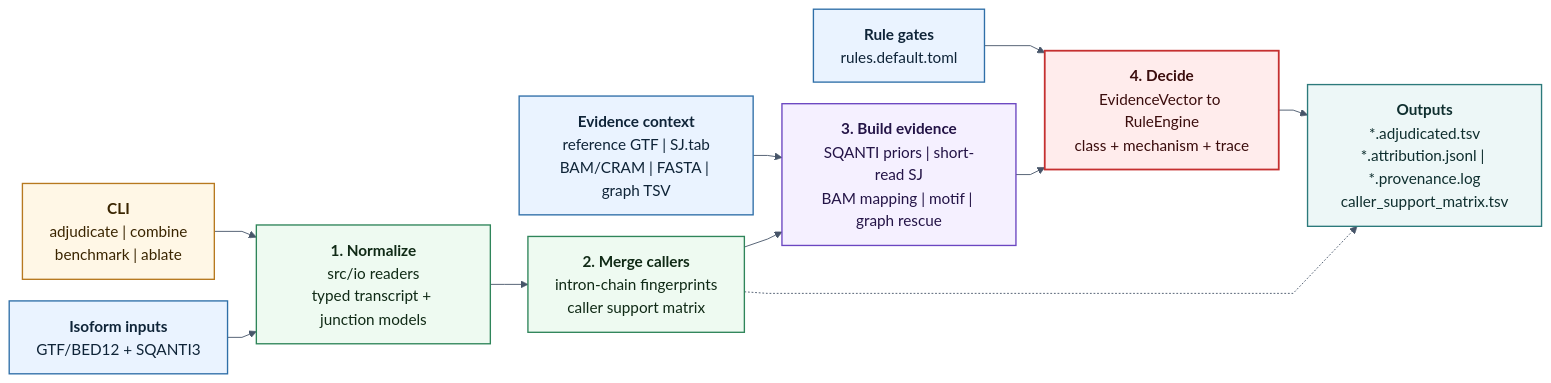
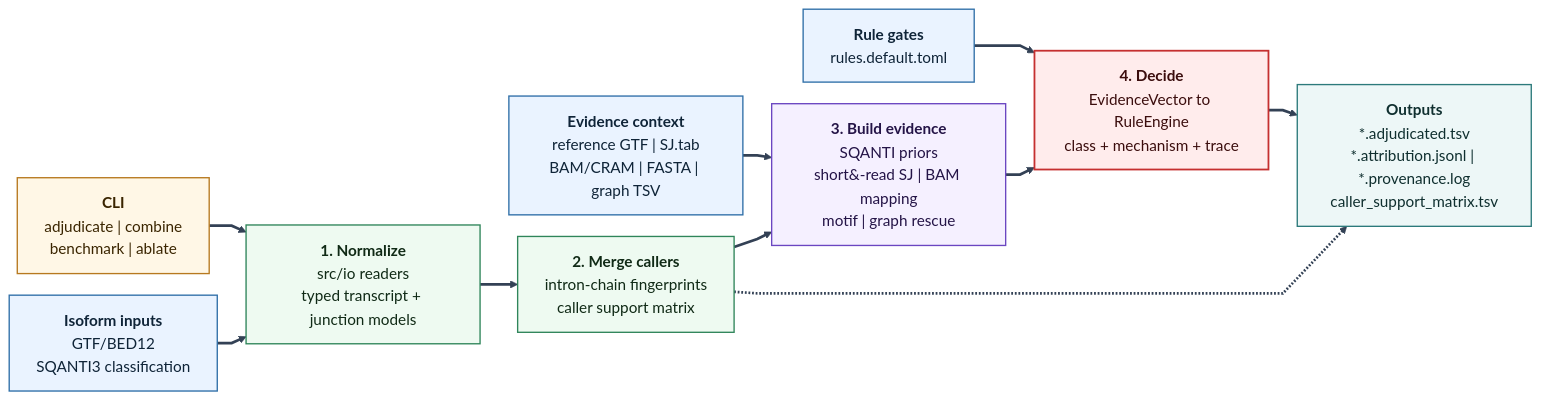
Before and after one commit to jibeomko/PanIsoGuard: the diagram in README.md, drawn with Mermaid.

Commit message:
docs: refine architecture diagram labels

````diff
--- a/README.md
+++ b/README.md
@@ -216,34 +216,39 @@
 ```mermaid
-%%{init: {"theme": "base", "themeVariables": {"fontSize": "17px", "fontFamily": "Arial, sans-serif", "primaryTextColor": "#111827", "lineColor": "#475569"}, "flowchart": {"htmlLabels": true, "curve": "linear", "nodeSpacing": 24, "rankSpacing": 32}}}%%
+%%{init: {"theme": "base", "themeVariables": {"fontSize": "17px", "fontFamily": "Arial, sans-serif", "primaryTextColor": "#111827", "lineColor": "#334155", "arrowheadColor": "#334155"}, "flowchart": {"htmlLabels": true, "curve": "linear", "nodeSpacing": 24, "rankSpacing": 32}}}%%
 flowchart LR
   CLI["<b>CLI</b><br/>adjudicate | combine<br/>benchmark | ablate"]
-  Iso["<b>Isoform inputs</b><br/>GTF/BED12 + SQANTI3"]
+  Iso["<b>Isoform inputs</b><br/>GTF/BED12<br/>SQANTI3 classification"]
   Context["<b>Evidence context</b><br/>reference GTF | SJ.tab<br/>BAM/CRAM | FASTA | graph TSV"]
   Rules["<b>Rule gates</b><br/>rules.default.toml"]
 
   Normalize["<b>1. Normalize</b><br/>src/io readers<br/>typed transcript + junction models"]
   Consensus["<b>2. Merge callers</b><br/>intron-chain fingerprints<br/>caller support matrix"]
-  Evidence["<b>3. Build evidence</b><br/>SQANTI priors | short-read SJ<br/>BAM mapping | motif | graph rescue"]
+  Evidence["<b>3. Build evidence</b><br/>SQANTI priors<br/>short&#8209;read&nbsp;SJ | BAM mapping<br/>motif | graph rescue"]
   Decide["<b>4. Decide</b><br/>EvidenceVector to RuleEngine<br/>class + mechanism + trace"]
   Outputs["<b>Outputs</b><br/>*.adjudicated.tsv<br/>*.attribution.jsonl | *.provenance.log<br/>caller_support_matrix.tsv"]
 
-  CLI --> Normalize
-  Iso --> Normalize --> Consensus --> Evidence --> Decide --> Outputs
-  Context --> Evidence
-  Rules --> Decide
+  CLI ==> Normalize
+  Iso ==> Normalize
+  Normalize ==> Consensus
+  Consensus ==> Evidence
+  Evidence ==> Decide
+  Decide ==> Outputs
+  Context ==> Evidence
+  Rules ==> Decide
   Consensus -.-> Outputs
 
   classDef command fill:#fff7e6,stroke:#b7791f,stroke-width:1.5px,color:#3a2500,font-size:17px;
   classDef input fill:#eaf3ff,stroke:#2f6fa8,stroke-width:1.5px,color:#0f2438,font-size:17px;
   classDef process fill:#eefaf1,stroke:#2f855a,stroke-width:1.5px,color:#102a16,font-size:17px;
   classDef evidence fill:#f5f0ff,stroke:#6b46c1,stroke-width:1.5px,color:#241447,font-size:17px;
   classDef decision fill:#ffecec,stroke:#c53030,stroke-width:2px,color:#3b0d0d,font-size:17px;
   classDef output fill:#edf7f7,stroke:#2c7a7b,stroke-width:1.5px,color:#0f2f2f,font-size:17px;
 
   class CLI command;
   class Iso,Context,Rules input;
   class Normalize,Consensus process;
   class Evidence evidence;
   class Decide decision;
   class Outputs output;
+  linkStyle default stroke:#334155,stroke-width:3px;
 ```
````
